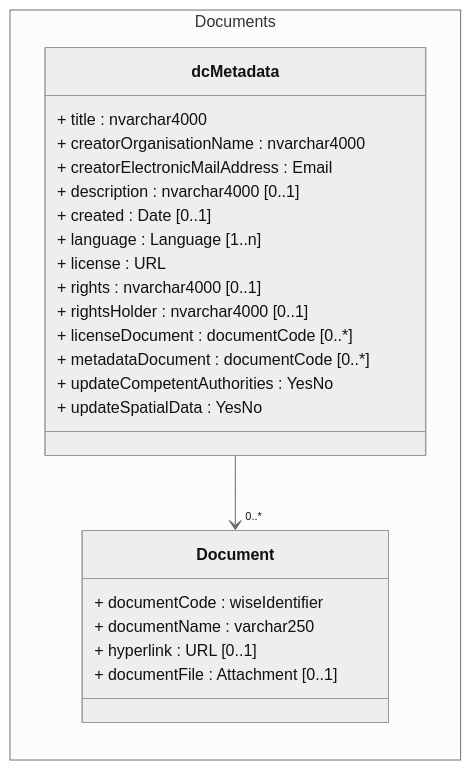
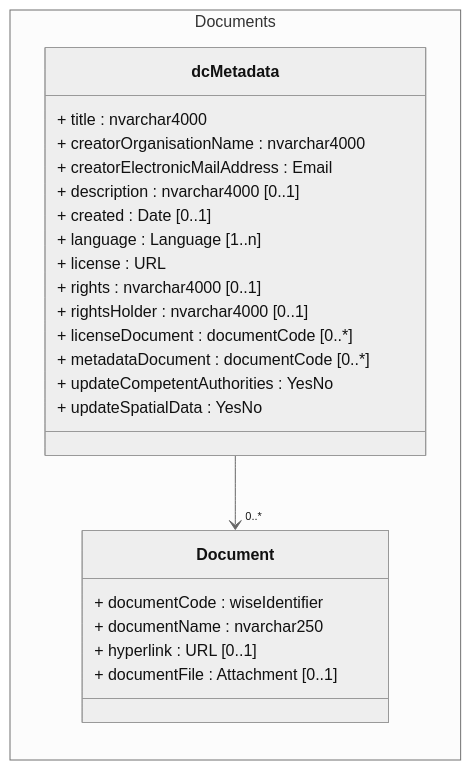
The diagram in docs/DataModelReview/mmd/RBDCA_4thCycle_Documents_ClassDiagram.mmd (eeadata/WISE.WFD.Documentation), drawn with Mermaid before and after one commit. The commit also changed 7 other files, not shown here.

Commit message:
Including the MonitoringSite part into the Monitoring. Revising and aligning the diagrams with the WFD Competent Authorities part.

```diff
--- a/docs/DataModelReview/mmd/RBDCA_4thCycle_Documents_ClassDiagram.mmd
+++ b/docs/DataModelReview/mmd/RBDCA_4thCycle_Documents_ClassDiagram.mmd
@@ -1,33 +1,33 @@
 ---
 config:
   class:
     hideEmptyMembersBox: true
   layout: dagre
   theme: neutral
 ---
 classDiagram
 direction LR
 namespace Documents {
 class dcMetadata {
 + title : nvarchar4000
 + creatorOrganisationName : nvarchar4000
 + creatorElectronicMailAddress : Email
 + description : nvarchar4000 [0..1]
 + created : Date [0..1]
 + language : Language [1..n]
 + license : URL
 + rights : nvarchar4000 [0..1]
 + rightsHolder : nvarchar4000 [0..1]
 + licenseDocument : documentCode [0..*]
 + metadataDocument : documentCode [0..*]
 + updateCompetentAuthorities : YesNo
 + updateSpatialData : YesNo
 }
 class Document {
 + documentCode : wiseIdentifier
-+ documentName : varchar250
++ documentName : nvarchar250
 + hyperlink : URL [0..1]
 + documentFile : Attachment [0..1]
 }
 }
 dcMetadata --> "0..*" Document
```
